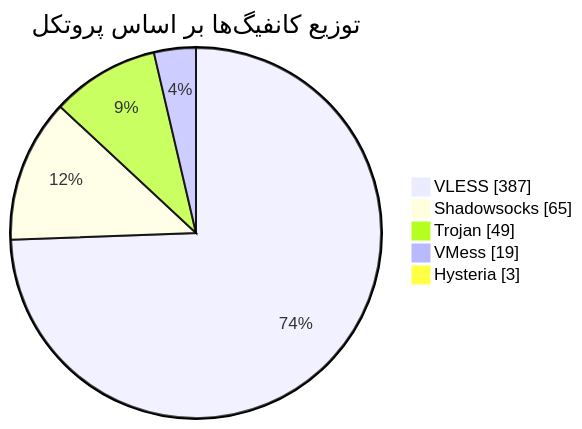
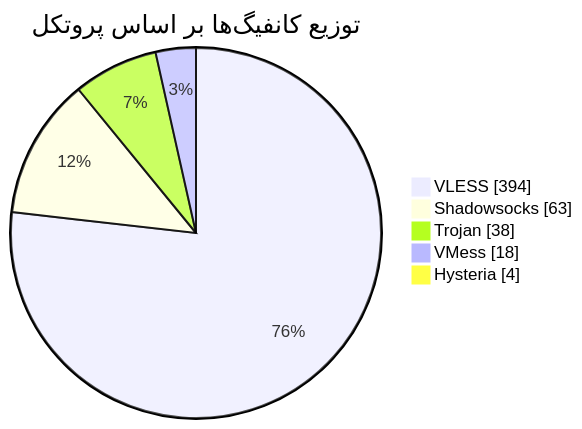
Before and after one commit to Arian-Alijani/Somthing: the diagram in README.md, drawn with Mermaid. The commit also changed other lines of this file and 83 other files, not shown here.

````diff
--- a/README.md
+++ b/README.md
@@ -47,9 +47,9 @@
 ```mermaid
 pie showData
     title توزیع کانفیگ‌ها بر اساس پروتکل
-    "VLESS" : 387
-    "Shadowsocks" : 65
-    "Trojan" : 49
-    "VMess" : 19
-    "Hysteria" : 3
+    "VLESS" : 394
+    "Shadowsocks" : 63
+    "Trojan" : 38
+    "VMess" : 18
+    "Hysteria" : 4
 ```
````
